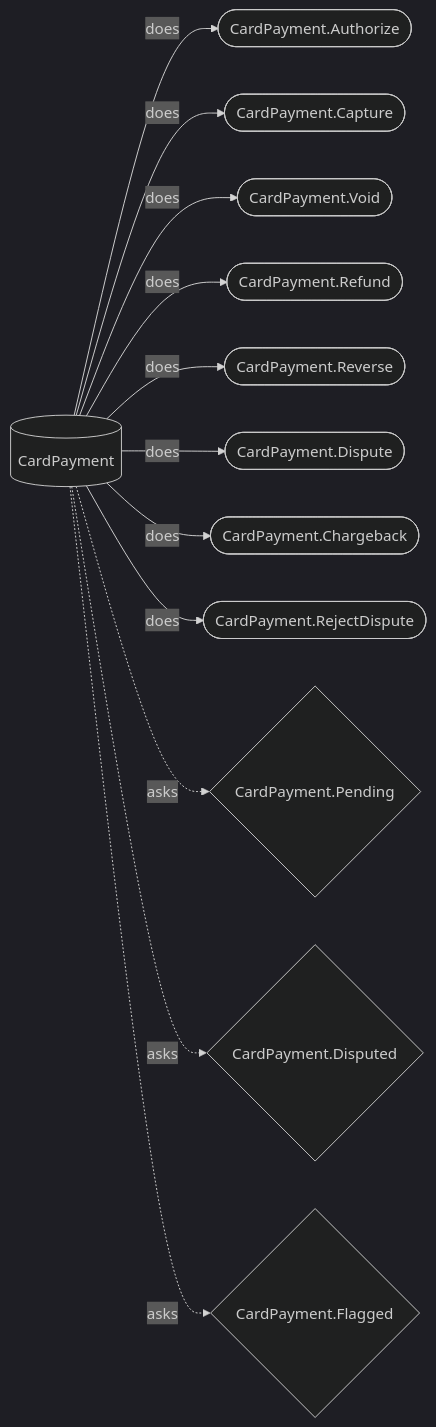
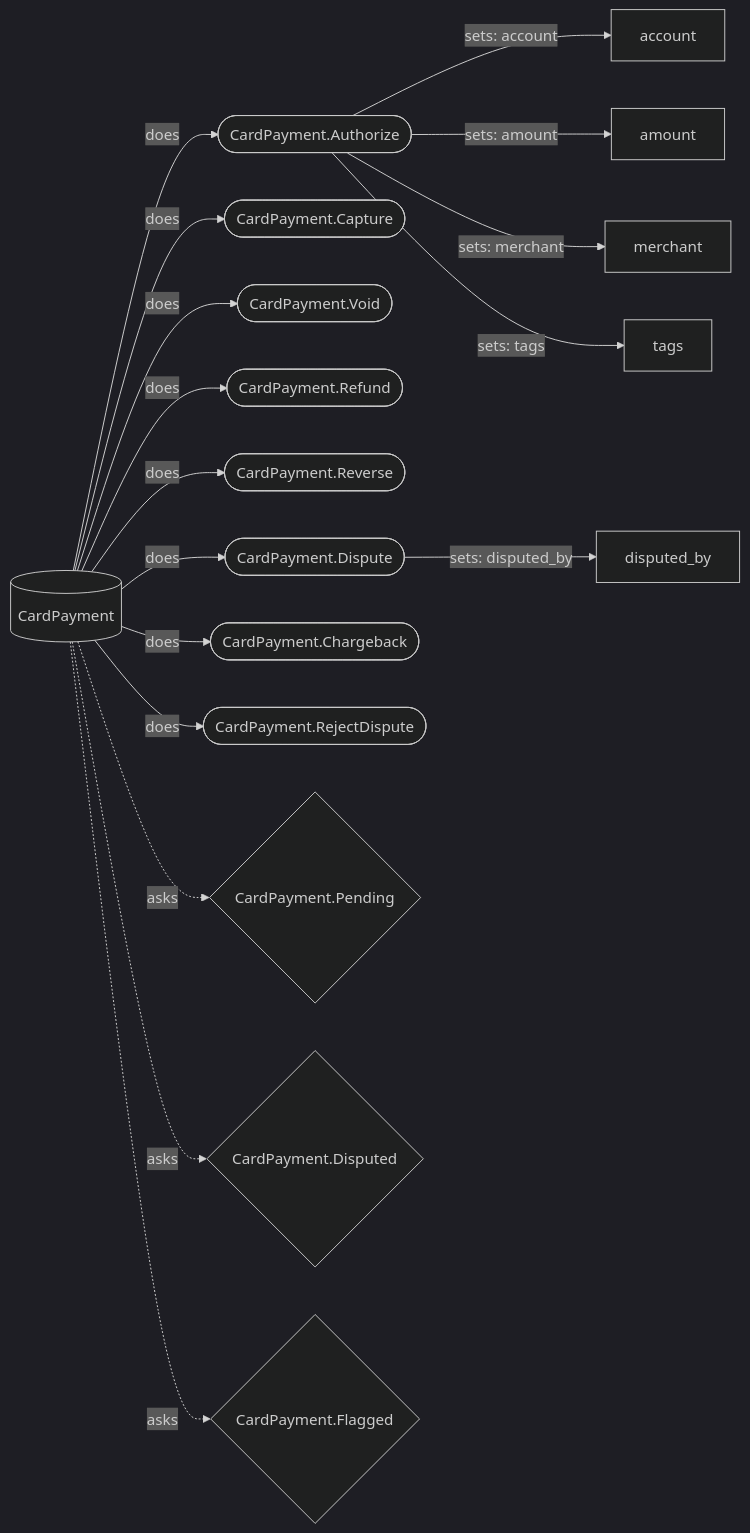
Before and after one commit to chrisyoung/hecks: the diagram in docs/generated/diagrams/banking/CardPayment_surface.mmd, drawn with Mermaid (dark theme). The commit also changed 16 other files, not shown here.

```diff
--- a/docs/generated/diagrams/banking/CardPayment_surface.mmd
+++ b/docs/generated/diagrams/banking/CardPayment_surface.mmd
@@ -1,14 +1,19 @@
-%% GENERATED by bin/project_diagrams from CardPayment's own declared commands and queries — DO NOT EDIT BY HAND.
+%% GENERATED by bin/project_diagrams from CardPayment's own declared commands (and what each writes) and queries — DO NOT EDIT BY HAND.
 %% Re-run `bin/project_diagrams <domain-path> Banking` after any change.
 flowchart LR
     CardPayment[(CardPayment)] -->|does| cmd_CardPayment_Authorize(["CardPayment.Authorize"])
     CardPayment[(CardPayment)] -->|does| cmd_CardPayment_Capture(["CardPayment.Capture"])
     CardPayment[(CardPayment)] -->|does| cmd_CardPayment_Void(["CardPayment.Void"])
     CardPayment[(CardPayment)] -->|does| cmd_CardPayment_Refund(["CardPayment.Refund"])
     CardPayment[(CardPayment)] -->|does| cmd_CardPayment_Reverse(["CardPayment.Reverse"])
     CardPayment[(CardPayment)] -->|does| cmd_CardPayment_Dispute(["CardPayment.Dispute"])
     CardPayment[(CardPayment)] -->|does| cmd_CardPayment_Chargeback(["CardPayment.Chargeback"])
     CardPayment[(CardPayment)] -->|does| cmd_CardPayment_RejectDispute(["CardPayment.RejectDispute"])
+    cmd_CardPayment_Authorize(["CardPayment.Authorize"]) -->|"sets: account"| attr_CardPayment_account[account]
+    cmd_CardPayment_Authorize(["CardPayment.Authorize"]) -->|"sets: amount"| attr_CardPayment_amount[amount]
+    cmd_CardPayment_Authorize(["CardPayment.Authorize"]) -->|"sets: merchant"| attr_CardPayment_merchant[merchant]
+    cmd_CardPayment_Authorize(["CardPayment.Authorize"]) -->|"sets: tags"| attr_CardPayment_tags[tags]
+    cmd_CardPayment_Dispute(["CardPayment.Dispute"]) -->|"sets: disputed_by"| attr_CardPayment_disputed_by[disputed_by]
     CardPayment[(CardPayment)] -.->|asks| qry_CardPayment_Pending{"CardPayment.Pending"}
     CardPayment[(CardPayment)] -.->|asks| qry_CardPayment_Disputed{"CardPayment.Disputed"}
     CardPayment[(CardPayment)] -.->|asks| qry_CardPayment_Flagged{"CardPayment.Flagged"}
```
